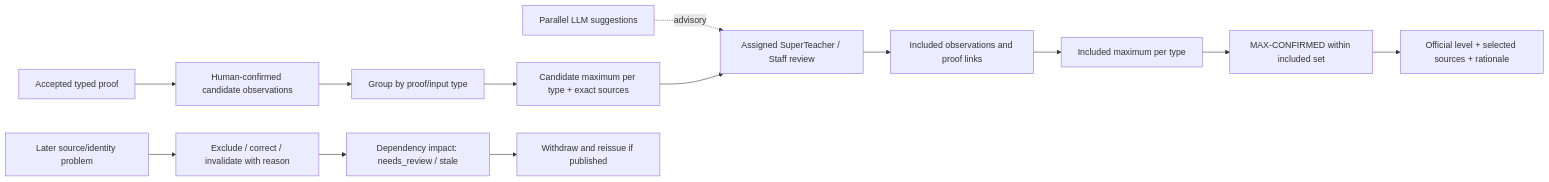
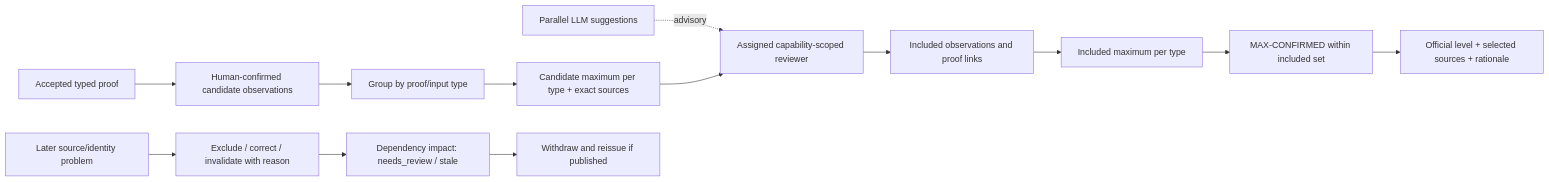
The second of 24 diagrams in output/English/Core data relationships.md (heison-octopus/testing-port), drawn with Mermaid before and after one commit. The commit also changed other lines of this file and 117 other files, not shown here.

````diff
--- a/output/English/Core data relationships.md
+++ b/output/English/Core data relationships.md
@@ -221,15 +243,15 @@
 ```mermaid
 flowchart LR
     Proof[Accepted typed proof] --> Candidate[Human-confirmed candidate observations]
     Candidate --> Group[Group by proof/input type]
     Group --> Max[Candidate maximum per type + exact sources]
-    Models[Parallel LLM suggestions] -. advisory .-> Review[Assigned SuperTeacher / Staff review]
+    Models[Parallel LLM suggestions] -. advisory .-> Review[Assigned capability-scoped reviewer]
     Max --> Review
     Review --> Included[Included observations and proof links]
     Included --> IncludedMax[Included maximum per type]
     IncludedMax --> Policy[MAX-CONFIRMED within included set]
     Policy --> Result[Official level + selected sources + rationale]
     Bad[Later source/identity problem] --> Decision[Exclude / correct / invalidate with reason]
     Decision --> Impact[Dependency impact: needs_review / stale]
     Impact --> Reissue[Withdraw and reissue if published]
 ```
````
